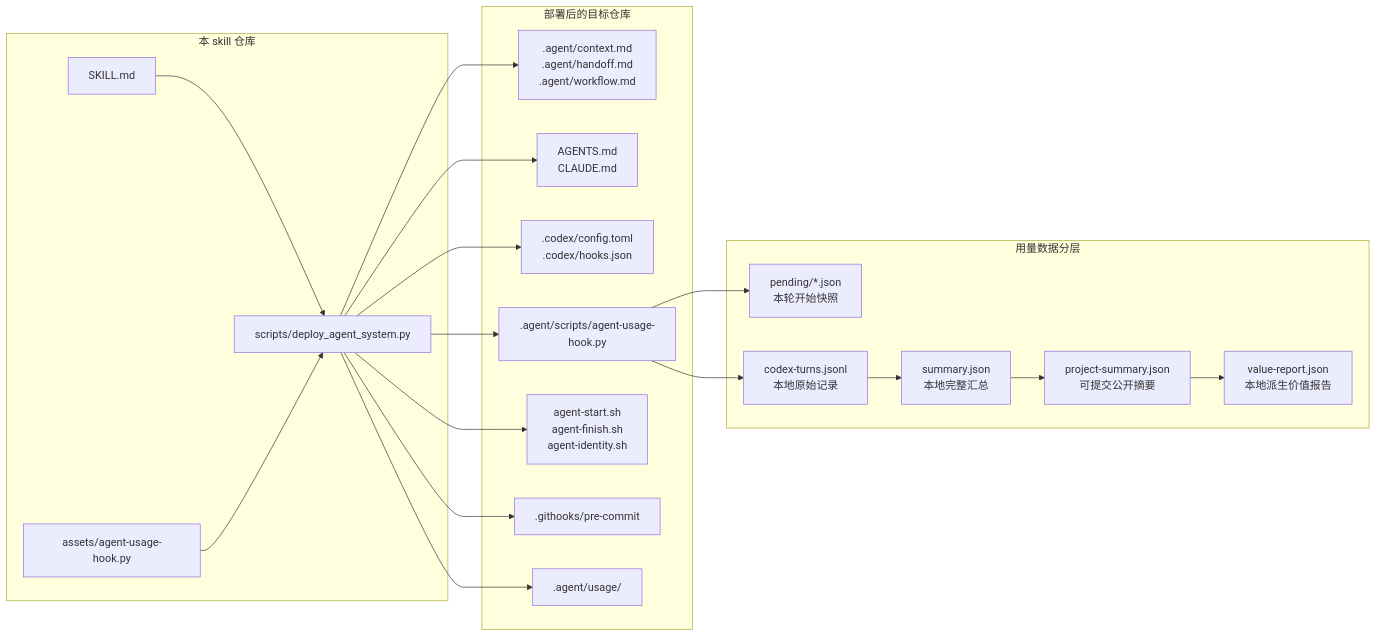
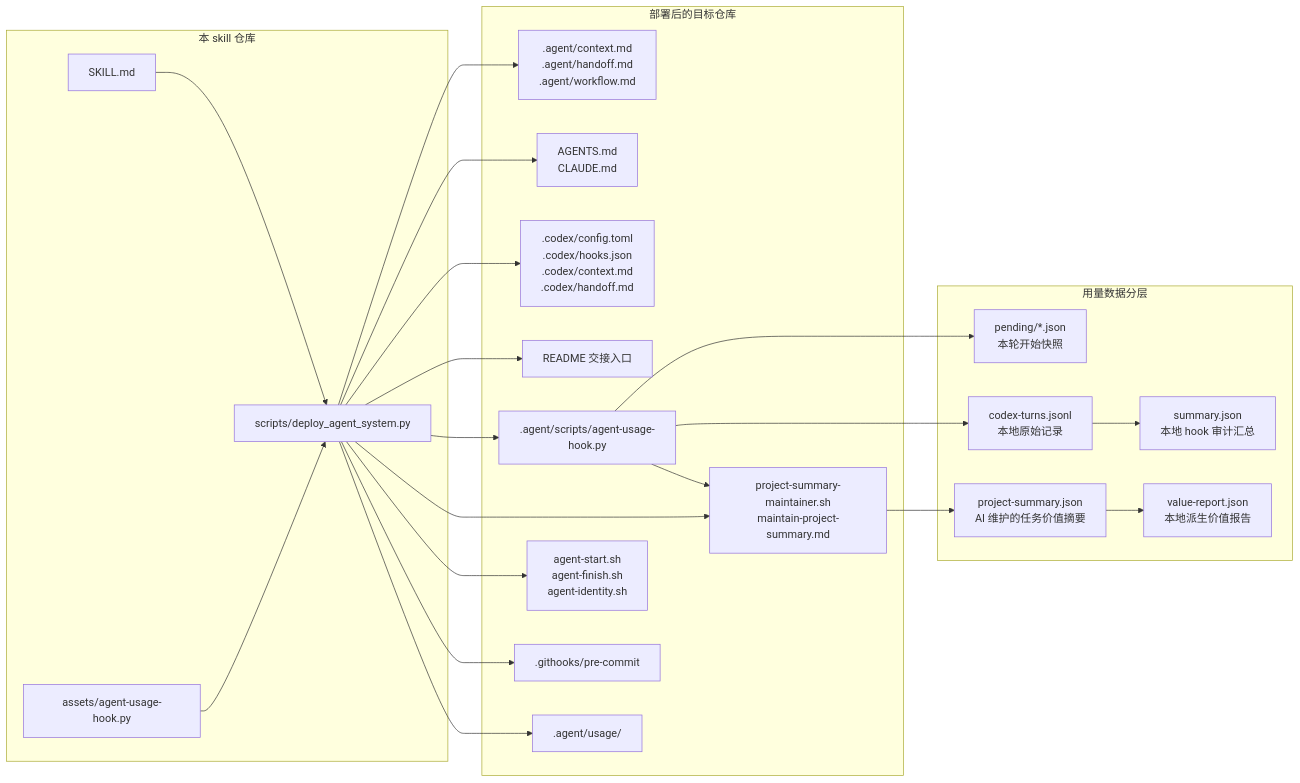
Before and after one commit to netlayer-team/agent-handoff-metrics-bootstrap: the first of 6 diagrams in docs/design_zh.md, drawn with Mermaid. The commit also changed other lines of this file and 6 other files, not shown here.

Commit message:
feat(metrics): add task-level value summary maintainer

````diff
--- a/docs/design_zh.md
+++ b/docs/design_zh.md
@@ -22,41 +23,46 @@
 ```mermaid
 flowchart LR
   subgraph SkillRepo["本 skill 仓库"]
     Skill["SKILL.md"]
     Deployer["scripts/deploy_agent_system.py"]
     HookAsset["assets/agent-usage-hook.py"]
   end
 
   subgraph TargetRepo["部署后的目标仓库"]
     AgentDocs[".agent/context.md<br/>.agent/handoff.md<br/>.agent/workflow.md"]
     EntryAdapters["AGENTS.md<br/>CLAUDE.md"]
-    CodexConfig[".codex/config.toml<br/>.codex/hooks.json"]
+    CodexConfig[".codex/config.toml<br/>.codex/hooks.json<br/>.codex/context.md<br/>.codex/handoff.md"]
+    ReadmeEntry["README 交接入口"]
     RuntimeHook[".agent/scripts/agent-usage-hook.py"]
+    Maintainer["project-summary-maintainer.sh<br/>maintain-project-summary.md"]
     AgentScripts["agent-start.sh<br/>agent-finish.sh<br/>agent-identity.sh"]
     GitHooks[".githooks/pre-commit"]
     UsageStore[".agent/usage/"]
   end
 
   subgraph RuntimeData["用量数据分层"]
     Pending["pending/*.json<br/>本轮开始快照"]
     RawRecords["codex-turns.jsonl<br/>本地原始记录"]
-    FullSummary["summary.json<br/>本地完整汇总"]
-    PublicSummary["project-summary.json<br/>可提交公开摘要"]
+    FullSummary["summary.json<br/>本地 hook 审计汇总"]
+    PublicSummary["project-summary.json<br/>AI 维护的任务价值摘要"]
     ValueReport["value-report.json<br/>本地派生价值报告"]
   end
 
   Skill --> Deployer
   HookAsset --> Deployer
   Deployer --> AgentDocs
   Deployer --> EntryAdapters
   Deployer --> CodexConfig
+  Deployer --> ReadmeEntry
   Deployer --> RuntimeHook
+  Deployer --> Maintainer
   Deployer --> AgentScripts
   Deployer --> GitHooks
   Deployer --> UsageStore
   RuntimeHook --> Pending
   RuntimeHook --> RawRecords
   RawRecords --> FullSummary
-  FullSummary --> PublicSummary
+  RuntimeHook --> Maintainer
+  Maintainer --> PublicSummary
   PublicSummary --> ValueReport
 ```
````
